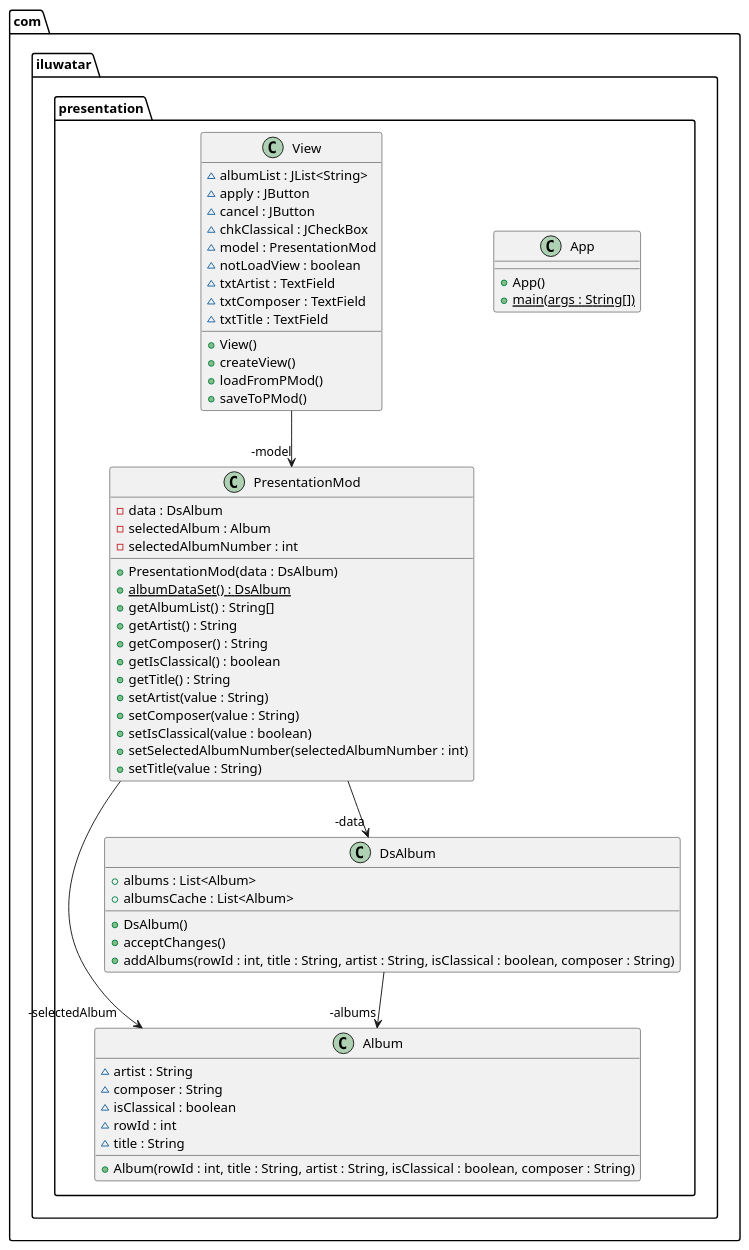
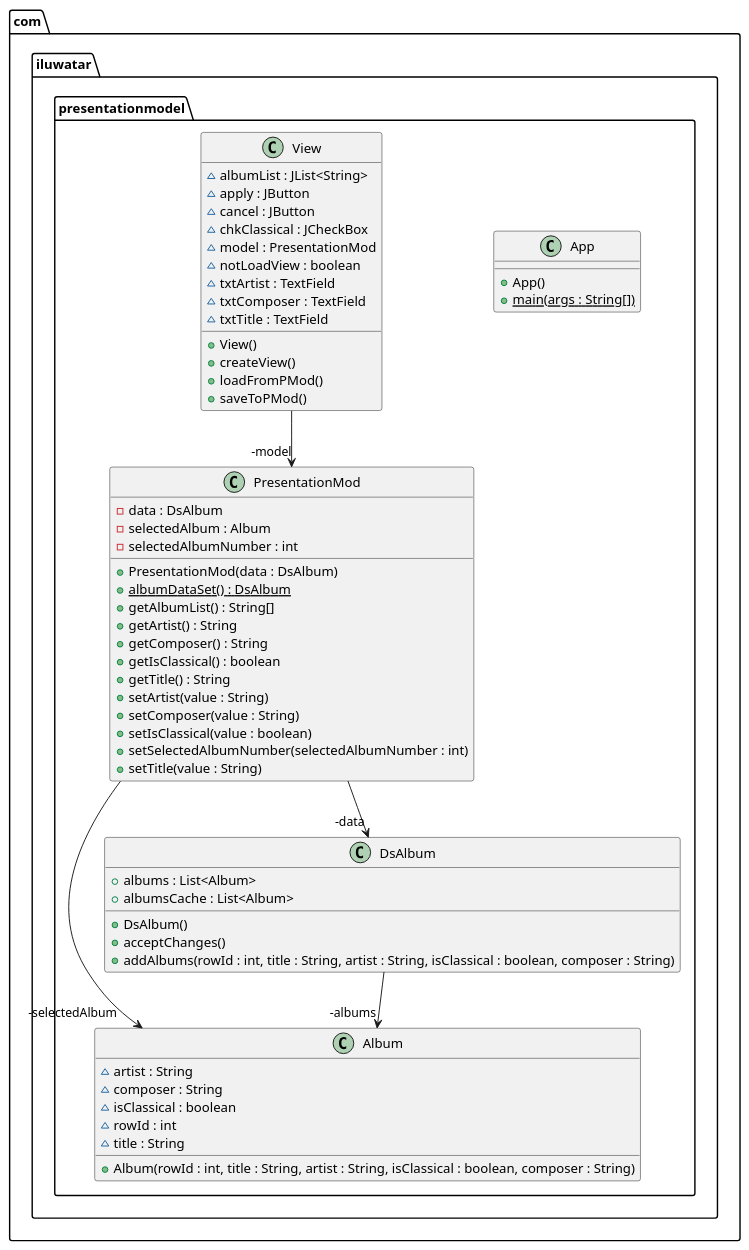
Before and after one commit to iluwatar/java-design-patterns: the diagram in presentation-model/etc/presentation-model.urm.puml, drawn with PlantUML. The commit also changed 11 other files, not shown here.

Commit message:
Rename package to presentationmodel

```diff
--- a/presentation-model/etc/presentation-model.urm.puml
+++ b/presentation-model/etc/presentation-model.urm.puml
@@ -1,59 +1,59 @@
 @startuml
-package com.iluwatar.presentation {
+package com.iluwatar.presentationmodel {
   class Album {
     ~ artist : String
     ~ composer : String
     ~ isClassical : boolean
     ~ rowId : int
     ~ title : String
     + Album(rowId : int, title : String, artist : String, isClassical : boolean, composer : String)
   }
   class App {
     + App()
     + main(args : String[]) {static}
   }
   class DsAlbum {
     + albums : List<Album>
     + albumsCache : List<Album>
     + DsAlbum()
     + acceptChanges()
     + addAlbums(rowId : int, title : String, artist : String, isClassical : boolean, composer : String)
   }
   class PresentationMod {
     - data : DsAlbum
     - selectedAlbum : Album
     - selectedAlbumNumber : int
     + PresentationMod(data : DsAlbum)
     + albumDataSet() : DsAlbum {static}
     + getAlbumList() : String[]
     + getArtist() : String
     + getComposer() : String
     + getIsClassical() : boolean
     + getTitle() : String
     + setArtist(value : String)
     + setComposer(value : String)
     + setIsClassical(value : boolean)
     + setSelectedAlbumNumber(selectedAlbumNumber : int)
     + setTitle(value : String)
   }
   class View {
     ~ albumList : JList<String>
     ~ apply : JButton
     ~ cancel : JButton
     ~ chkClassical : JCheckBox
     ~ model : PresentationMod
     ~ notLoadView : boolean
     ~ txtArtist : TextField
     ~ txtComposer : TextField
     ~ txtTitle : TextField
     + View()
     + createView()
     + loadFromPMod()
     + saveToPMod()
   }
 }
 PresentationMod -->  "-selectedAlbum" Album
 View -->  "-model" PresentationMod
 DsAlbum -->  "-albums" Album
 PresentationMod -->  "-data" DsAlbum
 @enduml
```
